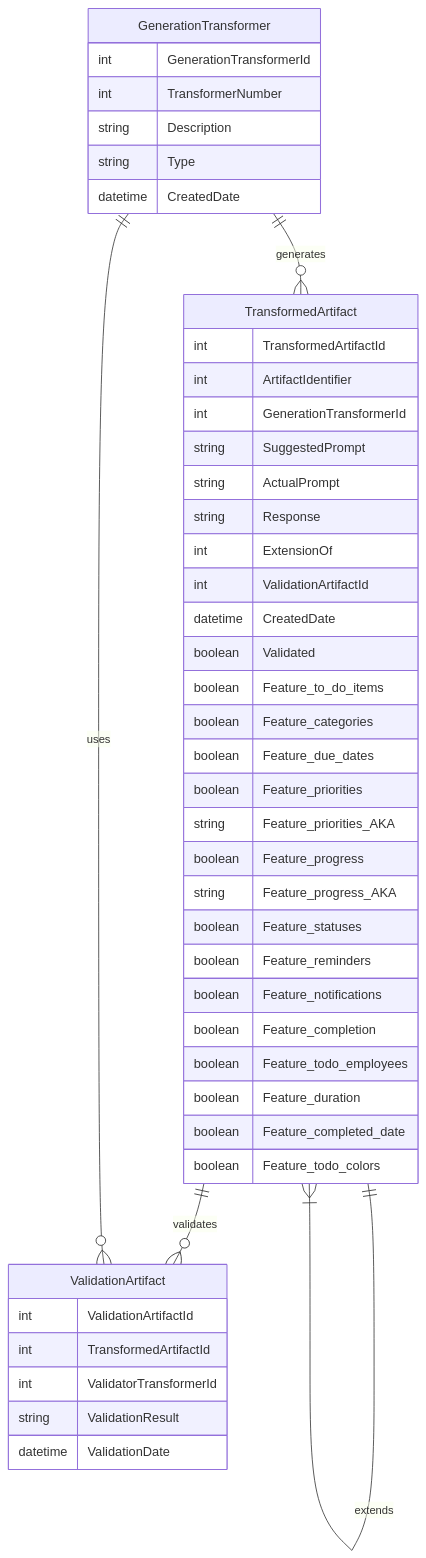
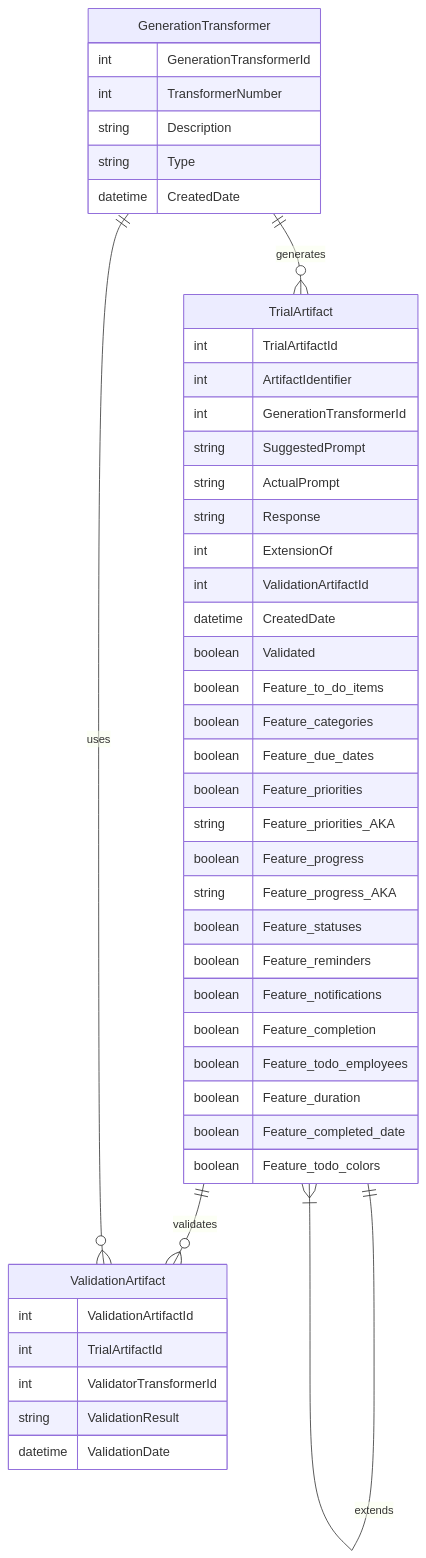
Before and after one commit to eejai42/syntax-free-vs-locked: the fourth of 4 diagrams in README.md, drawn with Mermaid. The commit also changed other lines of this file and 47 other files, not shown here.

Commit message:
Renamed TransformedArtifacts to TrialArtifacts - and updated all of the other terms to match the new names.  Next - we can add a whole trial worth of data.

````diff
--- a/README.md
+++ b/README.md
@@ -446,51 +446,51 @@
 ```mermaid
 erDiagram
     GenerationTransformer {
         int GenerationTransformerId
         int TransformerNumber
         string Description
         string Type
         datetime CreatedDate
     }
 
-    TransformedArtifact {
-        int TransformedArtifactId
+    TrialArtifact {
+        int TrialArtifactId
         int ArtifactIdentifier
         int GenerationTransformerId
         string SuggestedPrompt
         string ActualPrompt
         string Response
         int ExtensionOf
         int ValidationArtifactId
         datetime CreatedDate
         boolean Validated
         boolean Feature_to_do_items
         boolean Feature_categories
         boolean Feature_due_dates
         boolean Feature_priorities
         string Feature_priorities_AKA
         boolean Feature_progress
         string Feature_progress_AKA
         boolean Feature_statuses
         boolean Feature_reminders
         boolean Feature_notifications
         boolean Feature_completion
         boolean Feature_todo_employees
         boolean Feature_duration
         boolean Feature_completed_date
         boolean Feature_todo_colors
     }
 
     ValidationArtifact {
         int ValidationArtifactId
-        int TransformedArtifactId
+        int TrialArtifactId
         int ValidatorTransformerId
         string ValidationResult
         datetime ValidationDate
     }
 
-    GenerationTransformer ||--o{ TransformedArtifact : generates
-    TransformedArtifact ||--o{ ValidationArtifact : validates
+    GenerationTransformer ||--o{ TrialArtifact : generates
+    TrialArtifact ||--o{ ValidationArtifact : validates
     GenerationTransformer ||--o{ ValidationArtifact : uses
-    TransformedArtifact ||--|{ TransformedArtifact : extends
+    TrialArtifact ||--|{ TrialArtifact : extends
 ```
````
